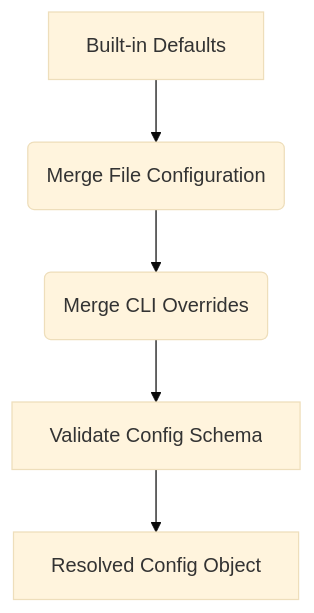
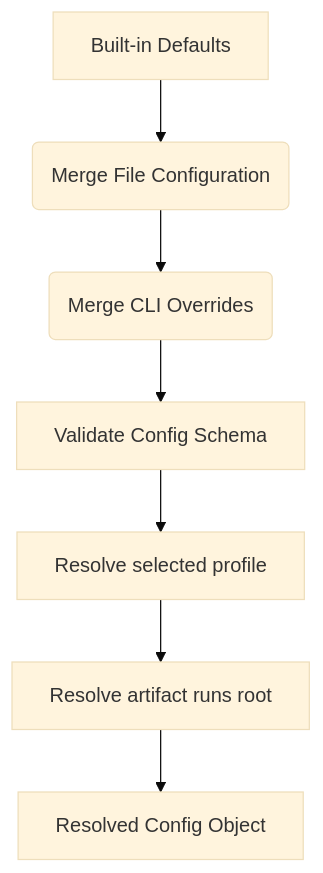
The diagram in skills/open-dynamic-workflow/references/configuration.md (travisliu/open-dynamic-workflow), drawn with Mermaid (base theme) before and after one commit. The commit also changed other lines of this file and 24 other files, not shown here.

````diff
--- a/skills/open-dynamic-workflow/references/configuration.md
+++ b/skills/open-dynamic-workflow/references/configuration.md
@@ -11,7 +11,9 @@
 ```mermaid
 graph TD
     A[Built-in Defaults] --> B(Merge File Configuration)
     B --> C(Merge CLI Overrides)
     C --> D[Validate Config Schema]
-    D --> E[Resolved Config Object]
+    D --> E[Resolve selected profile]
+    E --> F[Resolve artifact runs root]
+    F --> G[Resolved Config Object]
 ```
````
